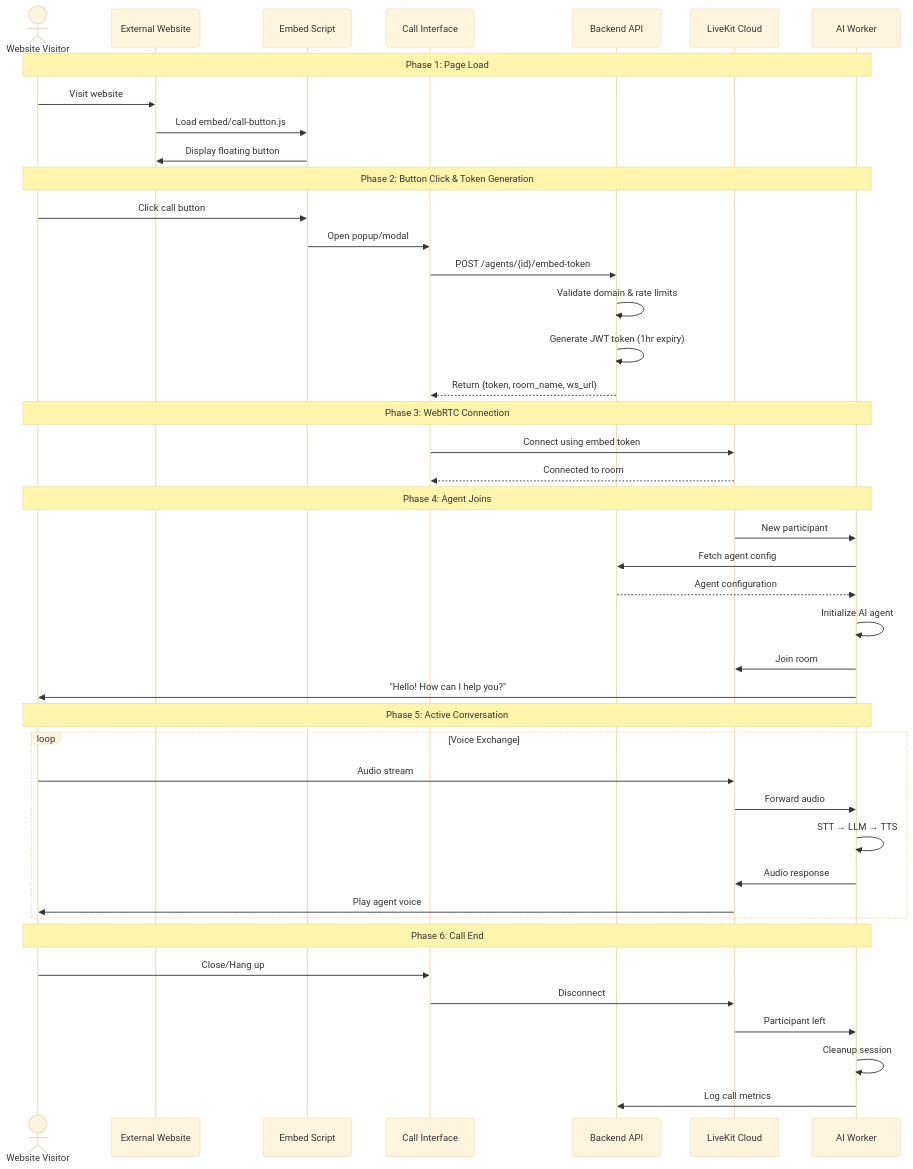
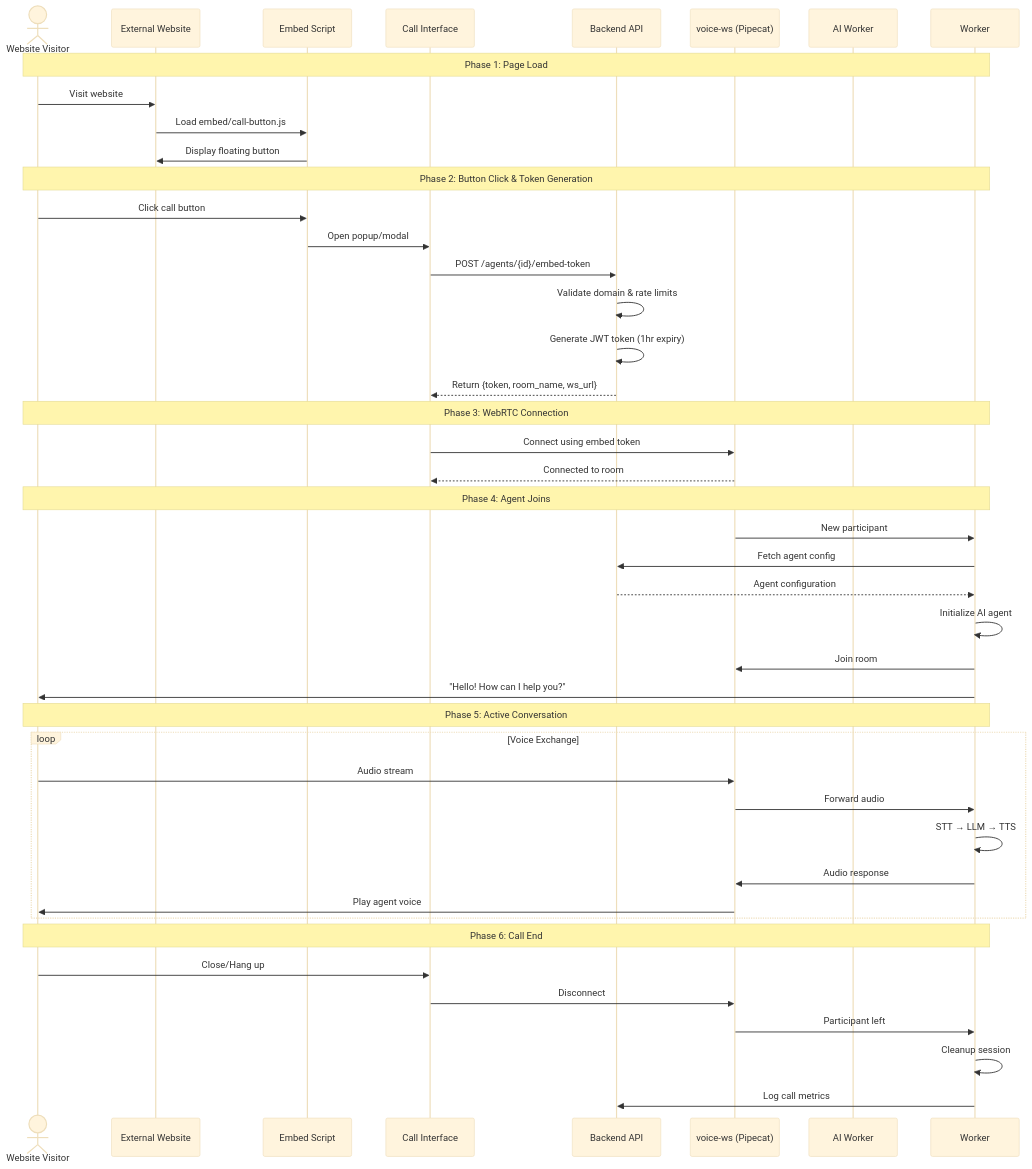
Before and after one commit to gauravdhiman/a1-voice-agent-platform: the fourth of 9 diagrams in docs/01_architecture/system_architecture.md, drawn with Mermaid (base theme). The commit also changed other lines of this file and 163 other files, not shown here.

Commit message:
feat(voice): remove LiveKit worker; Pipecat voice-ws is the only voice runtime

````diff
--- a/docs/01_architecture/system_architecture.md
+++ b/docs/01_architecture/system_architecture.md
@@ -135,57 +135,57 @@
 ```mermaid
 sequenceDiagram
     actor Visitor as Website Visitor
     participant Website as External Website
     participant EmbedScript as Embed Script
     participant CallPage as Call Interface
     participant API as Backend API
-    participant LiveKit as LiveKit Cloud
-    participant Worker as AI Worker
+    participant LiveKit as voice-ws (Pipecat)
+    participant voice-ws as AI Worker
 
     Note over Visitor,Worker: Phase 1: Page Load
     
     Visitor->>Website: Visit website
     Website->>EmbedScript: Load embed/call-button.js
     EmbedScript->>Website: Display floating button
     
     Note over Visitor,Worker: Phase 2: Button Click & Token Generation
     
     Visitor->>EmbedScript: Click call button
     EmbedScript->>CallPage: Open popup/modal
     CallPage->>API: POST /agents/{id}/embed-token
     API->>API: Validate domain & rate limits
     API->>API: Generate JWT token (1hr expiry)
     API-->>CallPage: Return {token, room_name, ws_url}
     
     Note over Visitor,Worker: Phase 3: WebRTC Connection
     
     CallPage->>LiveKit: Connect using embed token
     LiveKit-->>CallPage: Connected to room
     
     Note over Visitor,Worker: Phase 4: Agent Joins
     
     LiveKit->>Worker: New participant
     Worker->>API: Fetch agent config
     API-->>Worker: Agent configuration
     Worker->>Worker: Initialize AI agent
     Worker->>LiveKit: Join room
     Worker->>Visitor: "Hello! How can I help you?"
     
     Note over Visitor,Worker: Phase 5: Active Conversation
     
     loop Voice Exchange
         Visitor->>LiveKit: Audio stream
         LiveKit->>Worker: Forward audio
         Worker->>Worker: STT → LLM → TTS
         Worker->>LiveKit: Audio response
         LiveKit->>Visitor: Play agent voice
     end
     
     Note over Visitor,Worker: Phase 6: Call End
     
     Visitor->>CallPage: Close/Hang up
     CallPage->>LiveKit: Disconnect
     LiveKit->>Worker: Participant left
     Worker->>Worker: Cleanup session
     Worker->>API: Log call metrics
 ```
````
